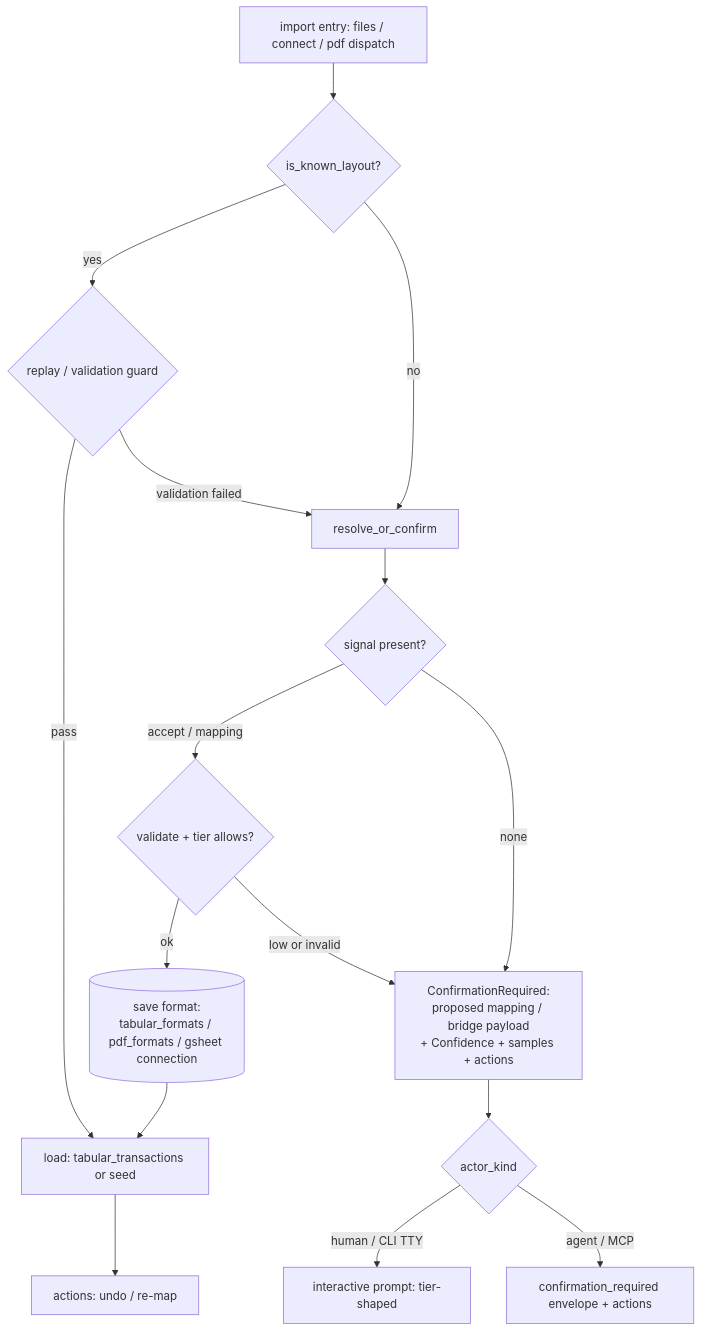
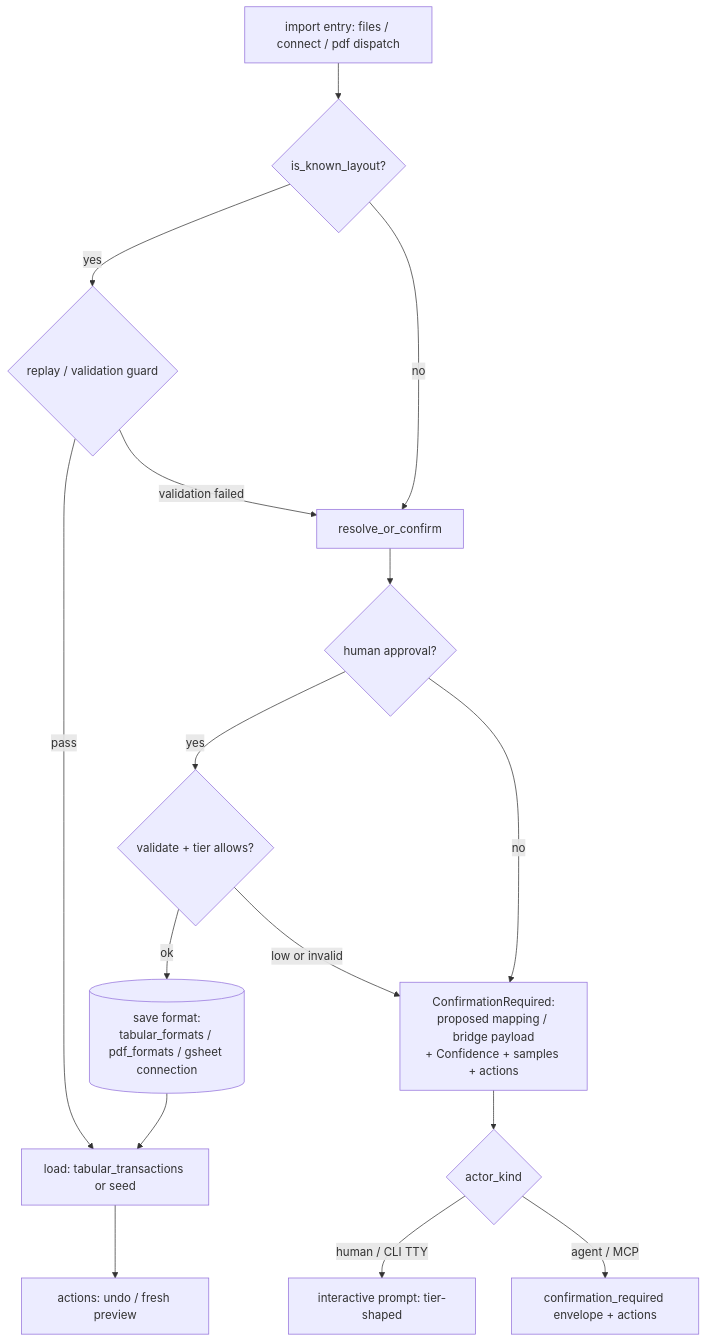
Before and after one commit to bsaffel/moneybin: the diagram in docs/specs/smart-import-confirmation.md, drawn with Mermaid. The commit also changed other lines of this file and 88 other files, not shown here.

````diff
--- a/docs/specs/smart-import-confirmation.md
+++ b/docs/specs/smart-import-confirmation.md
@@ -223,18 +220,18 @@
 ```mermaid
 flowchart TD
     A[import entry: files / connect / pdf dispatch] --> B{is_known_layout?}
     B -- yes --> G{replay / validation guard}
     G -- pass --> LOAD[load: tabular_transactions or seed]
     G -- "validation failed" --> RC
     B -- no --> RC[resolve_or_confirm]
-    RC --> D{signal present?}
-    D -- "accept / mapping" --> V{validate + tier allows?}
-    D -- none --> CR[ConfirmationRequired:\nproposed mapping / bridge payload\n+ Confidence + samples + actions]
+    RC --> D{human approval?}
+    D -- yes --> V{validate + tier allows?}
+    D -- no --> CR[ConfirmationRequired:\nproposed mapping / bridge payload\n+ Confidence + samples + actions]
     V -- ok --> SAVE[(save format:\ntabular_formats / pdf_formats / gsheet connection)]
     V -- "low or invalid" --> CR
     SAVE --> LOAD
     CR --> SURFACE{actor_kind}
     SURFACE -- human / CLI TTY --> PROMPT[interactive prompt: tier-shaped]
     SURFACE -- agent / MCP --> ENV[confirmation_required envelope + actions]
-    LOAD --> REC[actions: undo / re-map]
+    LOAD --> REC[actions: undo / fresh preview]
 ```
````
